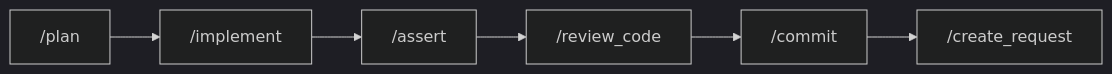
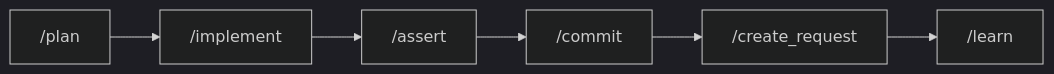
One commit to igounton/framework changed the second of 5 diagrams in aidd_docs/README.md. Above: the diagram before and after it, drawn with Mermaid (dark theme). The commit also changed other lines of this file, not shown here.

````diff
--- a/aidd_docs/README.md
+++ b/aidd_docs/README.md
@@ -115,5 +129,4 @@
 ```mermaid
 graph LR
-    P["/plan"] --> I["/implement"] --> A["/assert"]
-    A --> RC["/review_code"] --> C["/commit"] --> CR["/create_request"]
+    P["/plan"] --> I["/implement"] --> A["/assert"] --> C["/commit"] --> CR["/create_request"] --> L["/learn"]
 ```
````
